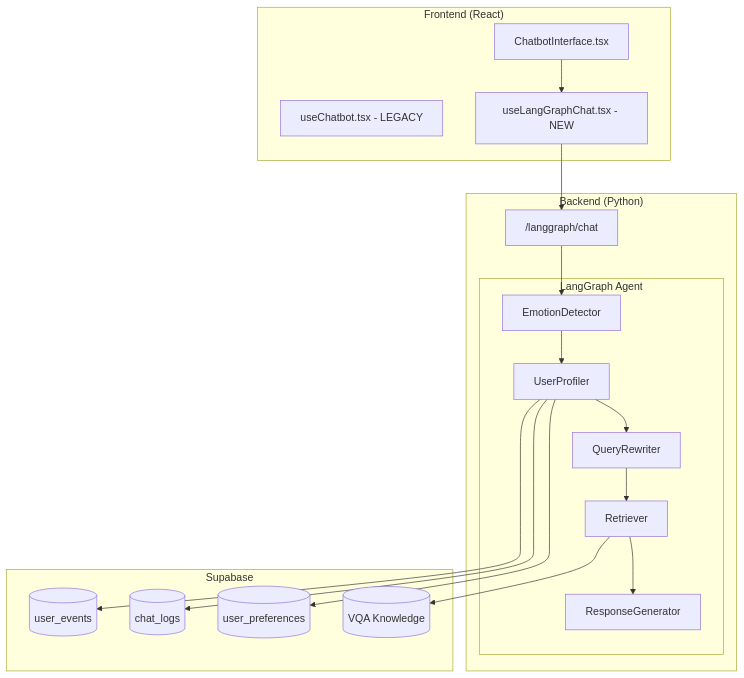
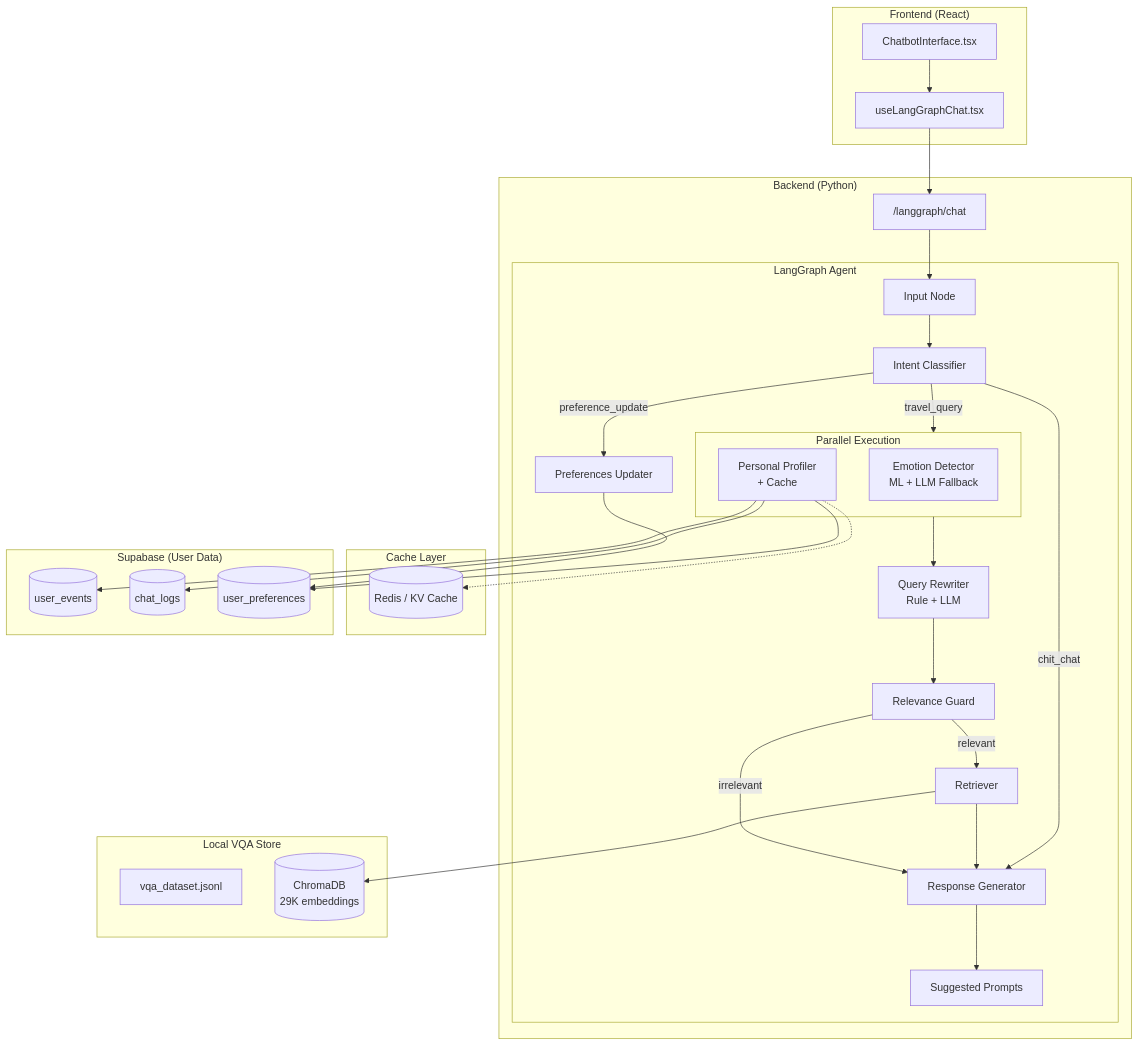
The first of 2 diagrams in implementation_plan.md (Qhuy204/TourismChatbot), drawn with Mermaid before and after one commit. The commit also changed other lines of this file and 63 other files, not shown here.

````diff
--- a/implementation_plan.md
+++ b/implementation_plan.md
@@ -15,35 +18,62 @@
 ```mermaid
 graph TB
     subgraph Frontend["Frontend (React)"]
         UI[ChatbotInterface.tsx]
-        Hook[useChatbot.tsx - LEGACY]
-        NewHook[useLangGraphChat.tsx - NEW]
+        NewHook[useLangGraphChat.tsx]
     end
     
     subgraph Backend["Backend (Python)"]
         API["/langgraph/chat"]
         
         subgraph LangGraph["LangGraph Agent"]
-            S1[EmotionDetector]
-            S2[UserProfiler]
-            S3[QueryRewriter]
-            S4[Retriever]
-            S5[ResponseGenerator]
+            Input[Input Node]
+            Intent[Intent Classifier]
+            
+            subgraph ParallelNodes["Parallel Execution"]
+                Emotion[Emotion Detector<br/>ML + LLM Fallback]
+                Profiler[Personal Profiler<br/>+ Cache]
+            end
+            
+            Rewriter[Query Rewriter<br/>Rule + LLM]
+            Guard[Relevance Guard]
+            Retriever[Retriever]
+            Generator[Response Generator]
+            Prompts[Suggested Prompts]
+            PrefUpdater[Preferences Updater]
         end
     end
     
-    subgraph Database["Supabase"]
+    subgraph Cache["Cache Layer"]
+        Redis[(Redis / KV Cache)]
+    end
+    
+    subgraph Database["Supabase (User Data)"]
         DB1[(user_events)]
         DB2[(chat_logs)]
         DB3[(user_preferences)]
-        DB4[(VQA Knowledge)]
+    end
+    
+    subgraph LocalStore["Local VQA Store"]
+        JSONL[vqa_dataset.jsonl]
+        Chroma[(ChromaDB<br/>29K embeddings)]
     end
     
     UI --> NewHook
     NewHook --> API
-    API --> S1 --> S2 --> S3 --> S4 --> S5
-    S2 --> DB1
-    S2 --> DB2
-    S2 --> DB3
-    S4 --> DB4
+    API --> Input --> Intent
+    
+    Intent -->|travel_query| ParallelNodes
+    Intent -->|chit_chat| Generator
+    Intent -->|preference_update| PrefUpdater
+    
+    ParallelNodes --> Rewriter --> Guard
+    Guard -->|relevant| Retriever --> Generator
+    Guard -->|irrelevant| Generator
+    
+    Generator --> Prompts
+    
+    Profiler -.-> Redis
+    Profiler --> DB1 & DB2 & DB3
+    PrefUpdater --> DB3
+    Retriever --> Chroma
 ```
````
